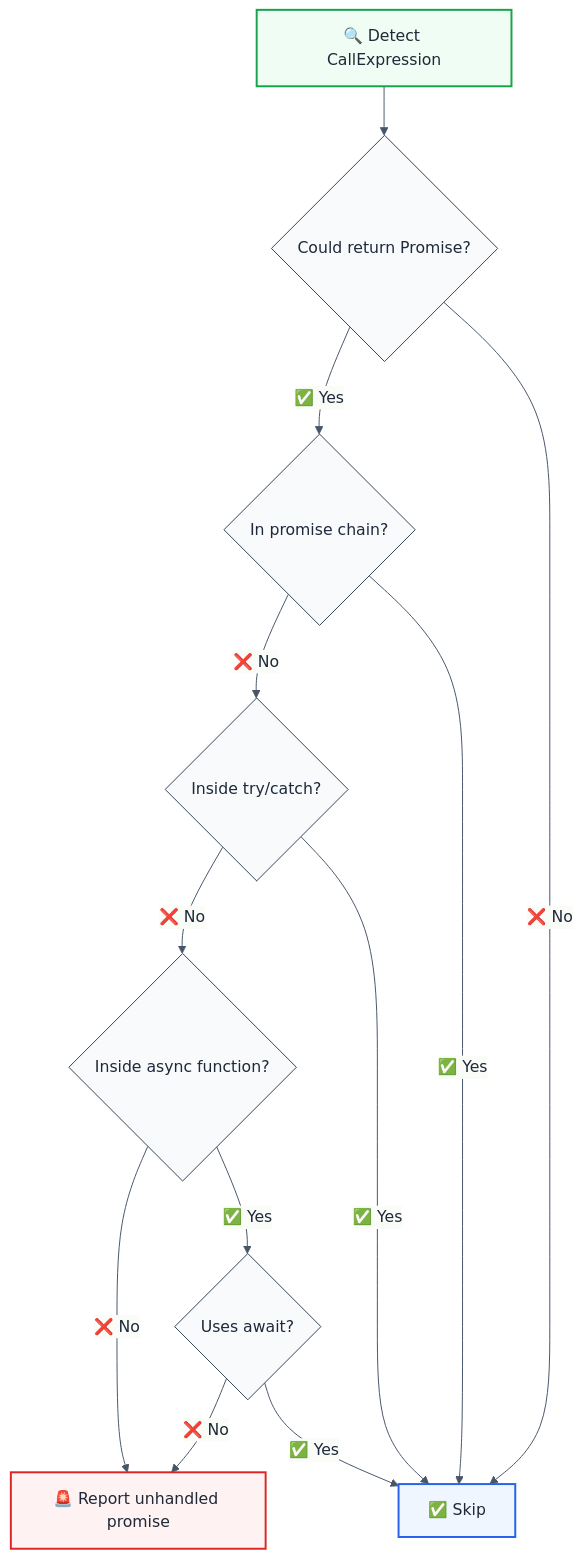
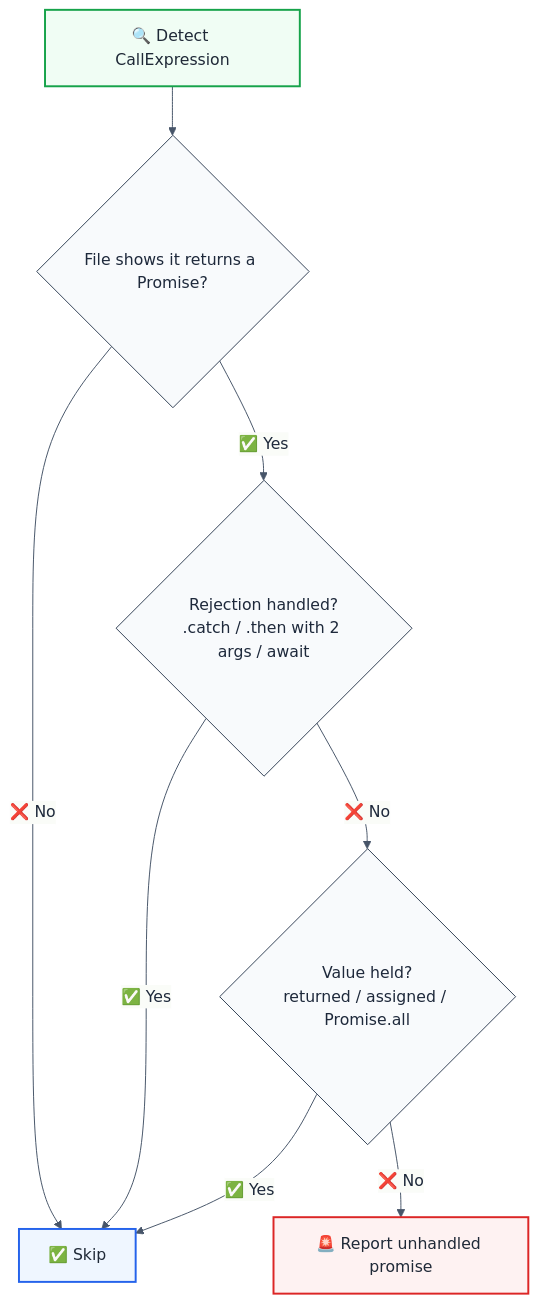
One commit to ofri-peretz/eslint changed the diagram in apps/docs/content/docs/quality/plugin-reliability/rules/no-unhandled-promise.mdx. Above: the diagram before and after it, drawn with Mermaid. The commit also changed other lines of this file and 52 other files, not shown here.

````diff
--- a/apps/docs/content/docs/quality/plugin-reliability/rules/no-unhandled-promise.mdx
+++ b/apps/docs/content/docs/quality/plugin-reliability/rules/no-unhandled-promise.mdx
@@ -30,36 +30,32 @@
 ```mermaid
 %%{init: {
   'theme': 'base',
   'themeVariables': {
     'primaryColor': '#f8fafc',
     'primaryTextColor': '#1e293b',
     'primaryBorderColor': '#334155',
     'lineColor': '#475569',
     'c0': '#f8fafc',
     'c1': '#f1f5f9',
     'c2': '#e2e8f0',
     'c3': '#cbd5e1'
   }
 }}%%
 flowchart TD
-    A["🔍 Detect CallExpression"] --> B{"Could return Promise?"}
-    B -->|✅ Yes| C{"In promise chain?"}
+    A["🔍 Detect CallExpression"] --> B{"File shows it returns a Promise?"}
     B -->|❌ No| D["✅ Skip"]
-    C -->|❌ No| E{"Inside try/catch?"}
+    B -->|✅ Yes| C{"Rejection handled?<br/>.catch / .then with 2 args / await"}
     C -->|✅ Yes| D
-    E -->|❌ No| F{"Inside async function?"}
+    C -->|❌ No| E{"Value held?<br/>returned / assigned / Promise.all"}
     E -->|✅ Yes| D
-    F -->|❌ No| G["🚨 Report unhandled promise"]
-    F -->|✅ Yes| H{"Uses await?"}
-    H -->|❌ No| G
-    H -->|✅ Yes| D
+    E -->|❌ No| G["🚨 Report unhandled promise"]
 
     classDef startNode fill:#f0fdf4,stroke:#16a34a,stroke-width:2px,color:#1f2937
     classDef errorNode fill:#fef2f2,stroke:#dc2626,stroke-width:2px,color:#1f2937
     classDef processNode fill:#eff6ff,stroke:#2563eb,stroke-width:2px,color:#1f2937
 
     class A startNode
     class G errorNode
     class D processNode
 
 ```
````
